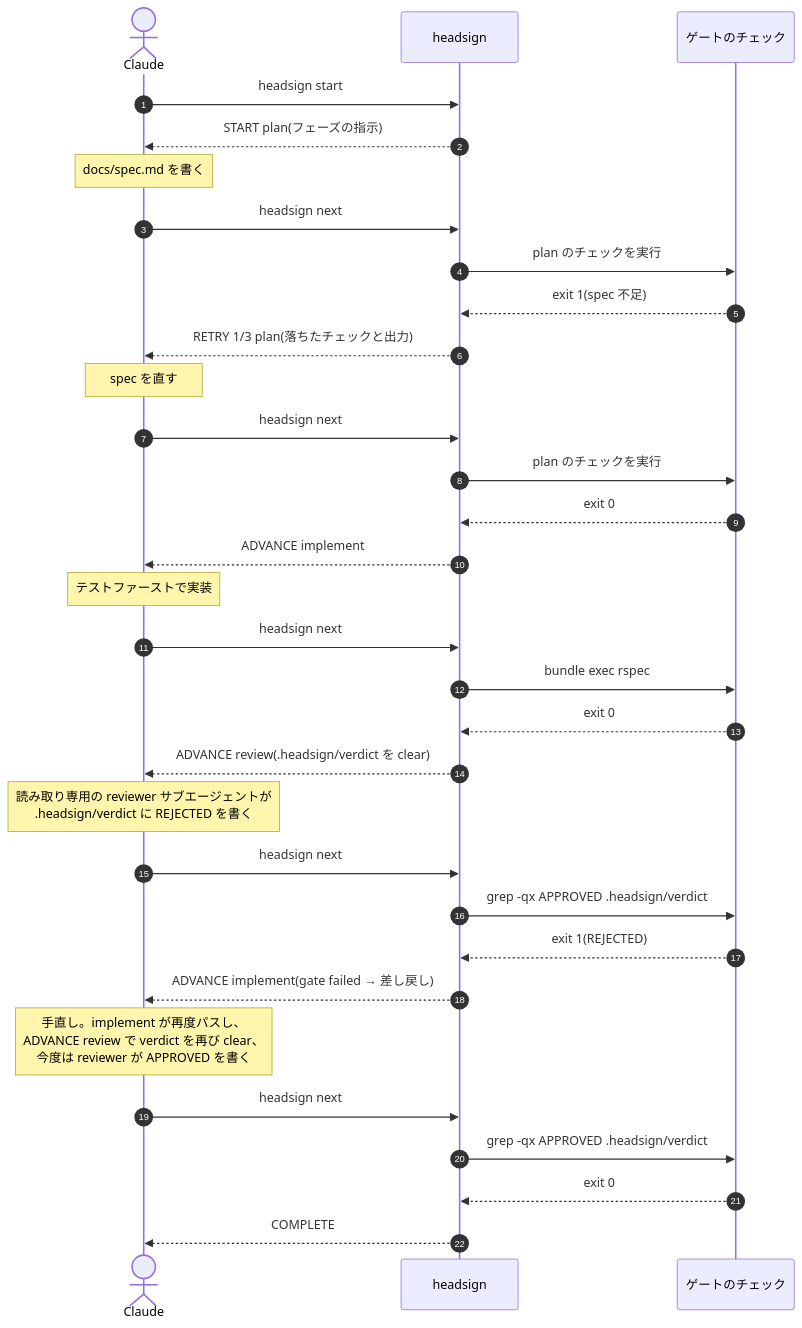
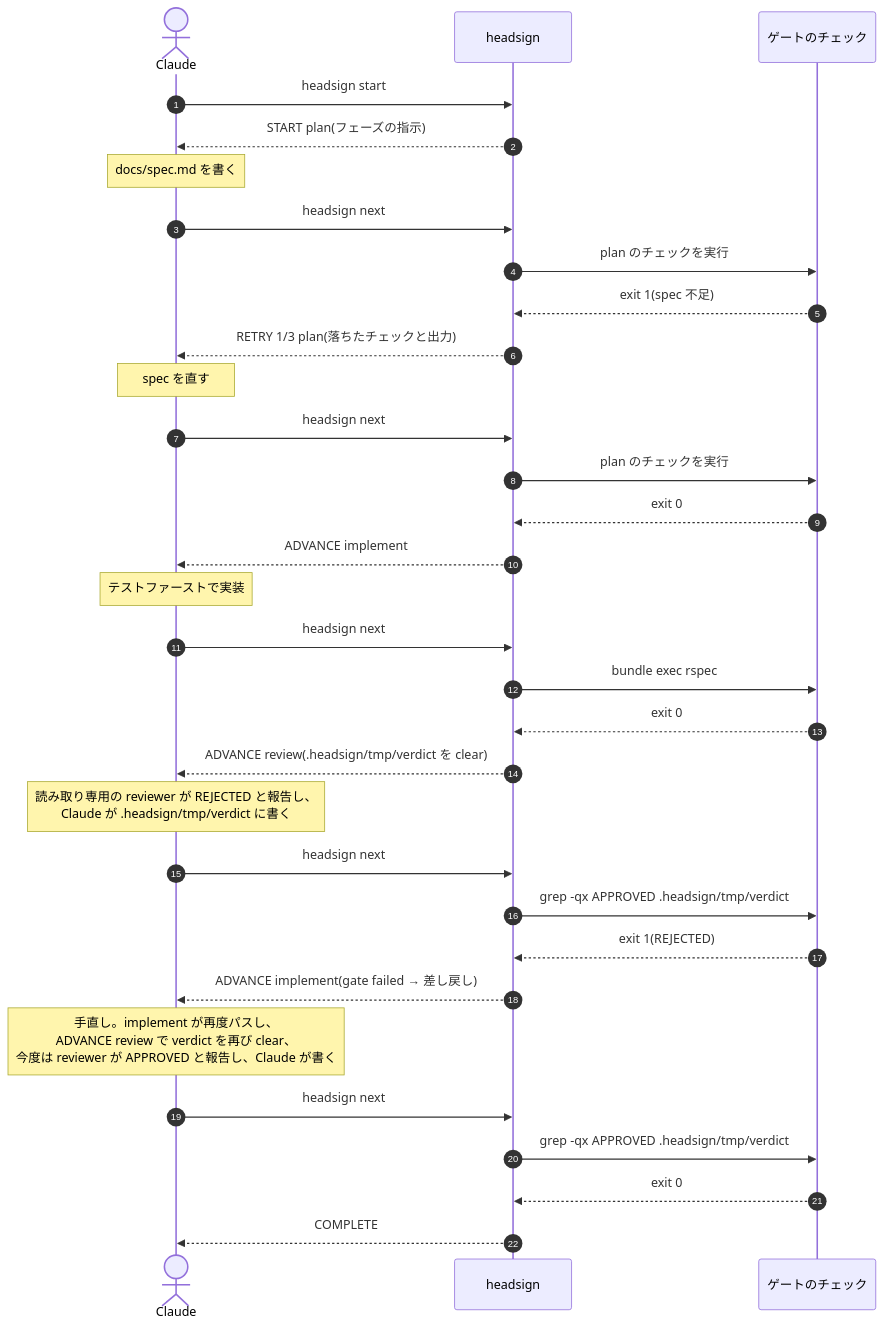
One commit to meganemura/headsign changed the diagram in README.ja.md. Above: the diagram before and after it, drawn with Mermaid. The commit also changed other lines of this file and 8 other files, not shown here.

````diff
--- a/README.ja.md
+++ b/README.ja.md
@@ -146,35 +152,35 @@
 ```mermaid
 sequenceDiagram
     autonumber
     actor C as Claude
     participant H as headsign
     participant S as ゲートのチェック
 
     C->>H: headsign start
     H-->>C: START plan(フェーズの指示)
     Note over C: docs/spec.md を書く
     C->>H: headsign next
     H->>S: plan のチェックを実行
     S-->>H: exit 1(spec 不足)
     H-->>C: RETRY 1/3 plan(落ちたチェックと出力)
     Note over C: spec を直す
     C->>H: headsign next
     H->>S: plan のチェックを実行
     S-->>H: exit 0
     H-->>C: ADVANCE implement
     Note over C: テストファーストで実装
     C->>H: headsign next
     H->>S: bundle exec rspec
     S-->>H: exit 0
-    H-->>C: ADVANCE review(.headsign/verdict を clear)
-    Note over C: 読み取り専用の reviewer サブエージェントが<br/>.headsign/verdict に REJECTED を書く
+    H-->>C: ADVANCE review(.headsign/tmp/verdict を clear)
+    Note over C: 読み取り専用の reviewer が REJECTED と報告し、<br/>Claude が .headsign/tmp/verdict に書く
     C->>H: headsign next
-    H->>S: grep -qx APPROVED .headsign/verdict
+    H->>S: grep -qx APPROVED .headsign/tmp/verdict
     S-->>H: exit 1(REJECTED)
     H-->>C: ADVANCE implement(gate failed → 差し戻し)
-    Note over C: 手直し。implement が再度パスし、<br/>ADVANCE review で verdict を再び clear、<br/>今度は reviewer が APPROVED を書く
+    Note over C: 手直し。implement が再度パスし、<br/>ADVANCE review で verdict を再び clear、<br/>今度は reviewer が APPROVED と報告し、Claude が書く
     C->>H: headsign next
-    H->>S: grep -qx APPROVED .headsign/verdict
+    H->>S: grep -qx APPROVED .headsign/tmp/verdict
     S-->>H: exit 0
     H-->>C: COMPLETE
 ```
````
